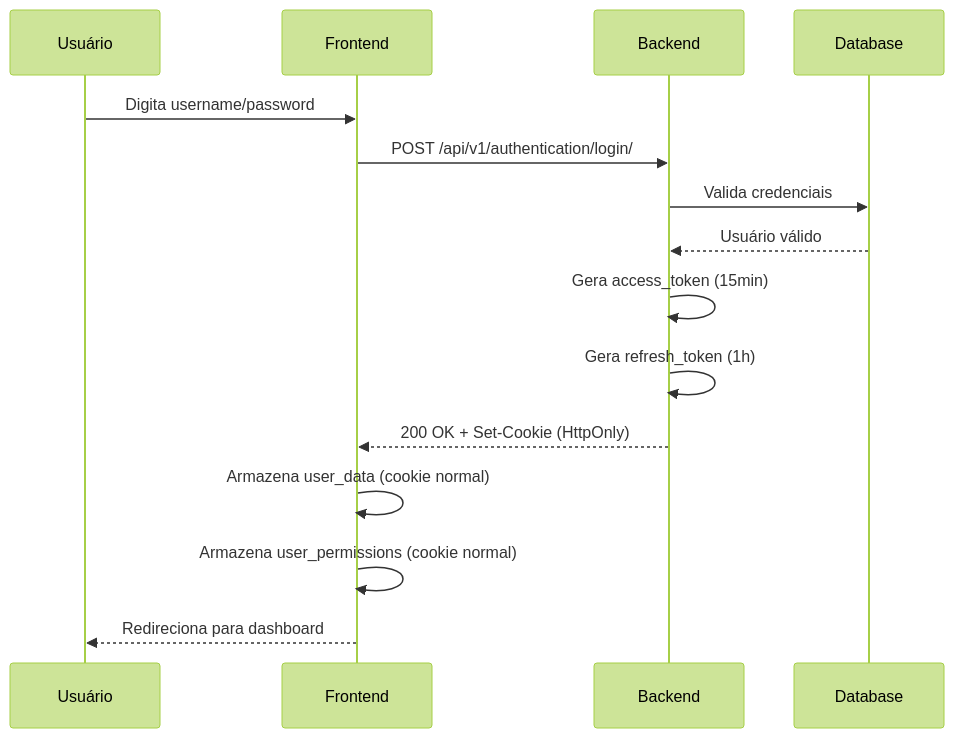
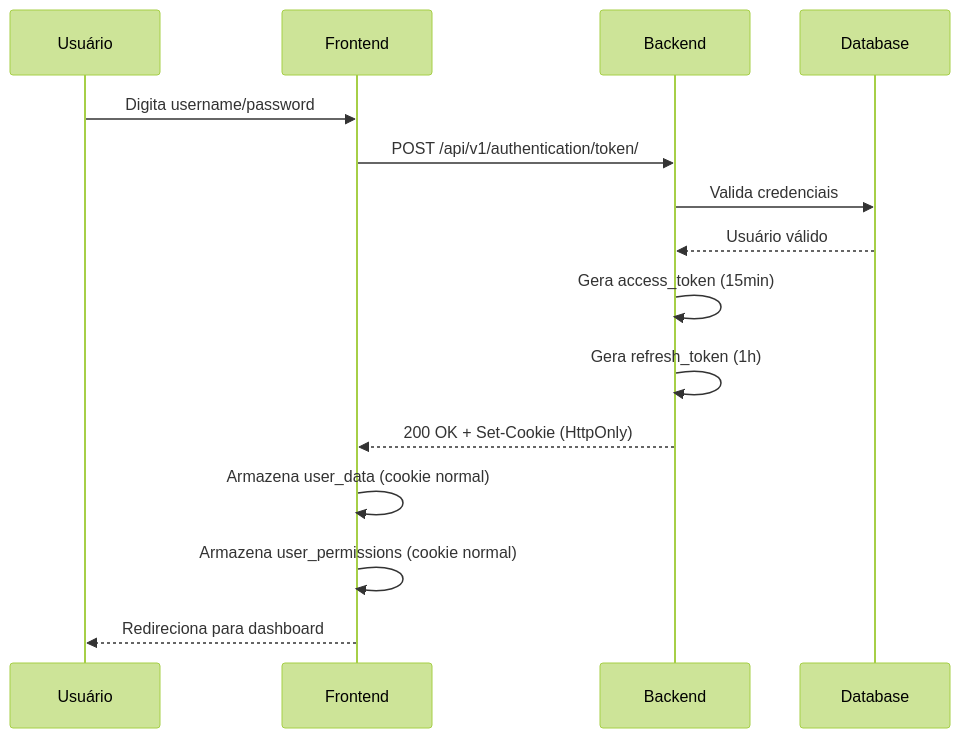
The second of 5 diagrams in documentation/authentication-security/authentication_flow.md (tarcisioribeiro/Axiom), drawn with Mermaid (forest theme) before and after one commit. The commit also changed other lines of this file and 41 other files, not shown here.

````diff
--- a/documentation/authentication-security/authentication_flow.md
+++ b/documentation/authentication-security/authentication_flow.md
@@ -406,18 +406,18 @@
 ```mermaid
 sequenceDiagram
     participant U as Usuário
     participant F as Frontend
     participant B as Backend
     participant DB as Database
 
     U->>F: Digita username/password
-    F->>B: POST /api/v1/authentication/login/
+    F->>B: POST /api/v1/authentication/token/
     B->>DB: Valida credenciais
     DB-->>B: Usuário válido
     B->>B: Gera access_token (15min)
     B->>B: Gera refresh_token (1h)
     B-->>F: 200 OK + Set-Cookie (HttpOnly)
     F->>F: Armazena user_data (cookie normal)
     F->>F: Armazena user_permissions (cookie normal)
     F-->>U: Redireciona para dashboard
 ```
````
